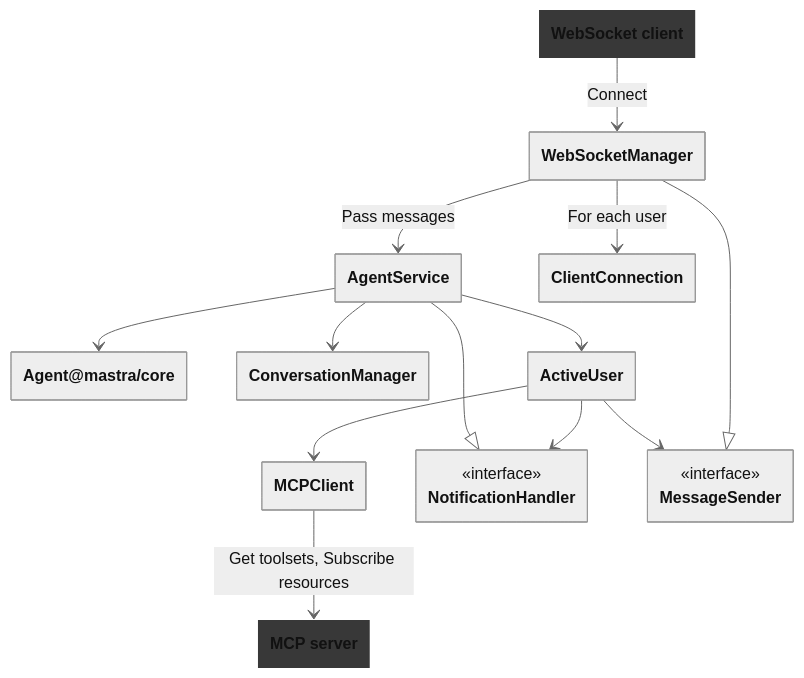
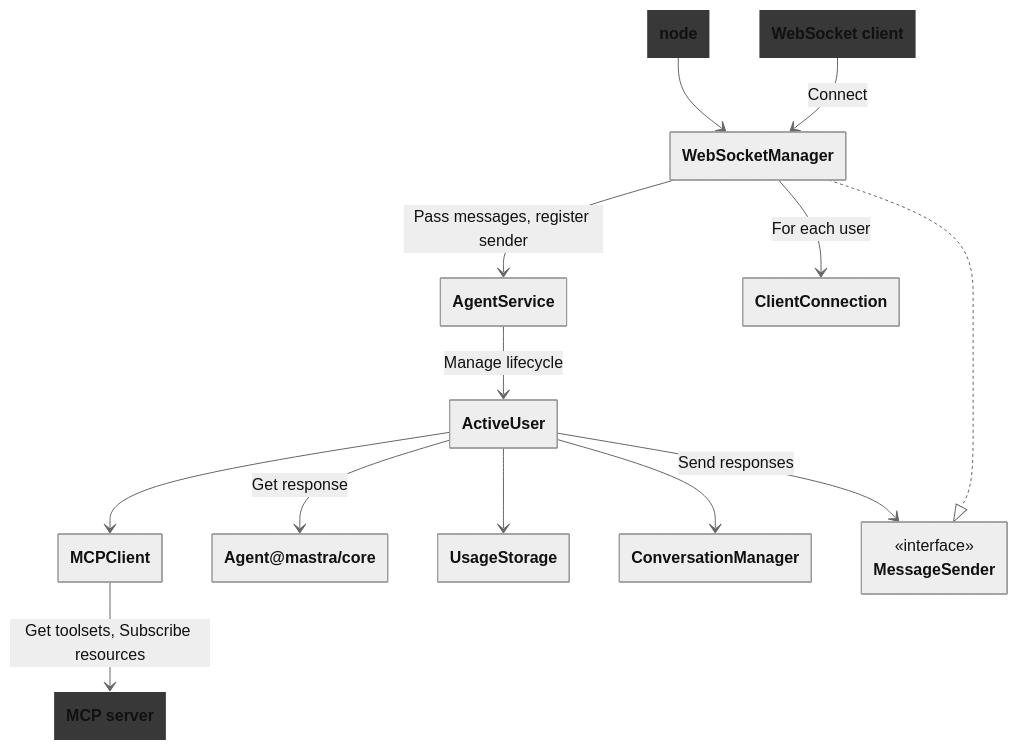
The diagram in docs/core.md (kinoh/Tsuki), drawn with Mermaid (neutral theme) before and after one commit. The commit also changed 4 other files, not shown here.

First line of the commit message:
refactor(core): restructure agent architecture for user isolation

````diff
--- a/docs/core.md
+++ b/docs/core.md
@@ -26,29 +26,30 @@
 ```mermaid
 ---
 config:
   class:
     hideEmptyMembersBox: true
 ---
 classDiagram
+    node --> WebSocketManager
     `WebSocket client` --> WebSocketManager : Connect
     MCPClient --> `MCP server` : Get toolsets, Subscribe resources
-    AgentService --> `Agent@mastra/core`
-    AgentService --> ConversationManager
-    AgentService --> ActiveUser
-    AgentService --|> NotificationHandler
+    AgentService --> ActiveUser : Manage lifecycle
+    ActiveUser --> `Agent@mastra/core` : Get response
+    ActiveUser --> UsageStorage
+    ActiveUser --> ConversationManager
     ActiveUser --> MCPClient
-    ActiveUser --> NotificationHandler
-    ActiveUser --> MessageSender
-    WebSocketManager --> AgentService : Pass messages
-    WebSocketManager --|> MessageSender
+    ActiveUser --> MessageSender : Send responses
+    WebSocketManager --> AgentService : Pass messages, register sender
+    WebSocketManager ..|> MessageSender
     WebSocketManager --> ClientConnection : For each user
     class `Agent@mastra/core`
+    class UsageStorage
     class ConversationManager
-    <<interface>> NotificationHandler
     <<interface>> MessageSender
     class WebSocketManager
     class ActiveUser
+    class node:::external
     class `MCP server`:::external
     class `WebSocket client`:::external
     classDef external stroke:none,fill:#383838
   ```
````
